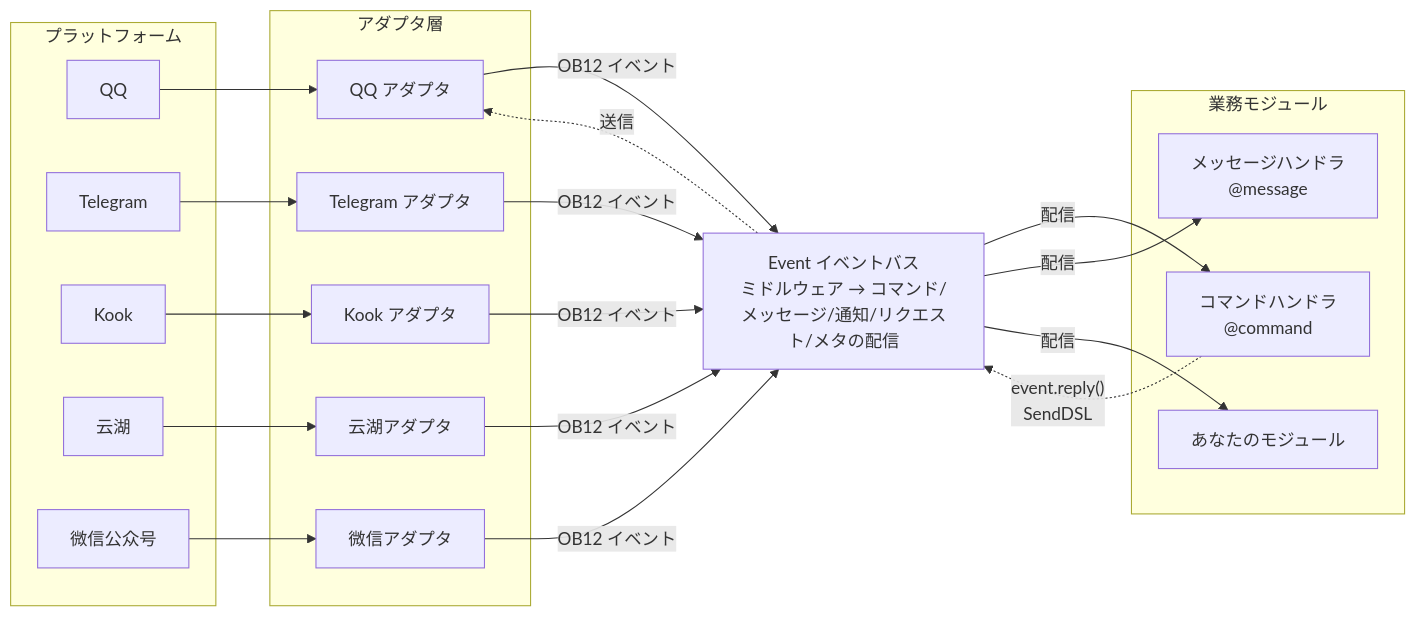
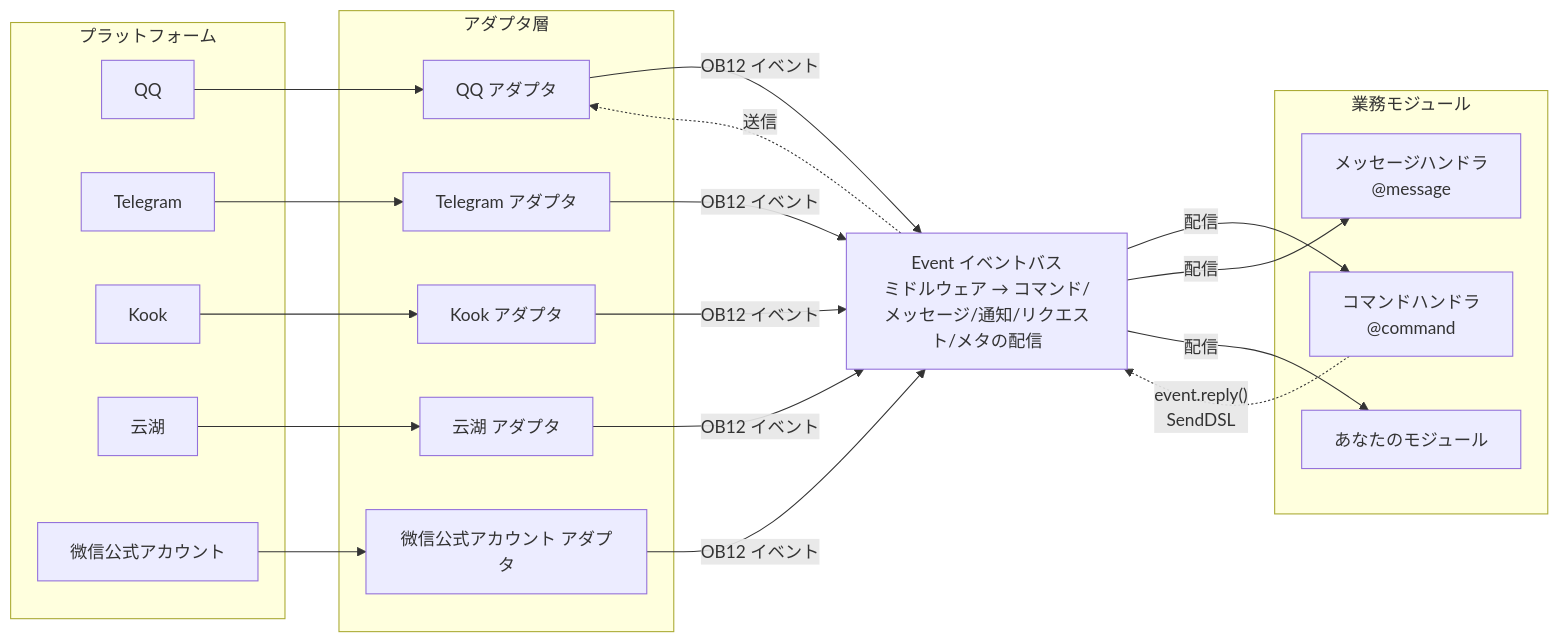
One commit to ErisPulse/ErisPulse changed the first of 2 diagrams in README.ja.md. Above: the diagram before and after it, drawn with Mermaid. The commit also changed other lines of this file and 31 other files, not shown here.

````diff
--- a/README.ja.md
+++ b/README.ja.md
@@ -112,45 +112,45 @@
 ```mermaid
 graph LR
     subgraph Platforms[プラットフォーム]
         QQ["QQ"]
         TG["Telegram"]
         Kook["Kook"]
         YH["云湖"]
-        WX["微信公众号"]
+        WX["微信公式アカウント"]
     end
 
     subgraph Adapters[アダプタ層]
         A1["QQ アダプタ"]
         A2["Telegram アダプタ"]
         A3["Kook アダプタ"]
-        A4["云湖アダプタ"]
-        A5["微信アダプタ"]
+        A4["云湖 アダプタ"]
+        A5["微信公式アカウント アダプタ"]
     end
 
     Event["Event イベントバス<br/>ミドルウェア → コマンド/メッセージ/通知/リクエスト/メタの配信"]
 
     subgraph Modules[業務モジュール]
         M1["コマンドハンドラ<br/>@command"]
         M2["メッセージハンドラ<br/>@message"]
         M3["あなたのモジュール"]
     end
 
     QQ --> A1
     TG --> A2
     Kook --> A3
     YH --> A4
     WX --> A5
 
     A1 -->|"OB12 イベント"| Event
     A2 -->|"OB12 イベント"| Event
     A3 -->|"OB12 イベント"| Event
     A4 -->|"OB12 イベント"| Event
     A5 -->|"OB12 イベント"| Event
 
     Event -->|"配信"| M1
     Event -->|"配信"| M2
     Event -->|"配信"| M3
 
     M1 -.->|"event.reply()<br/>SendDSL"| Event
     Event -.->|"送信"| A1
 ```
````
